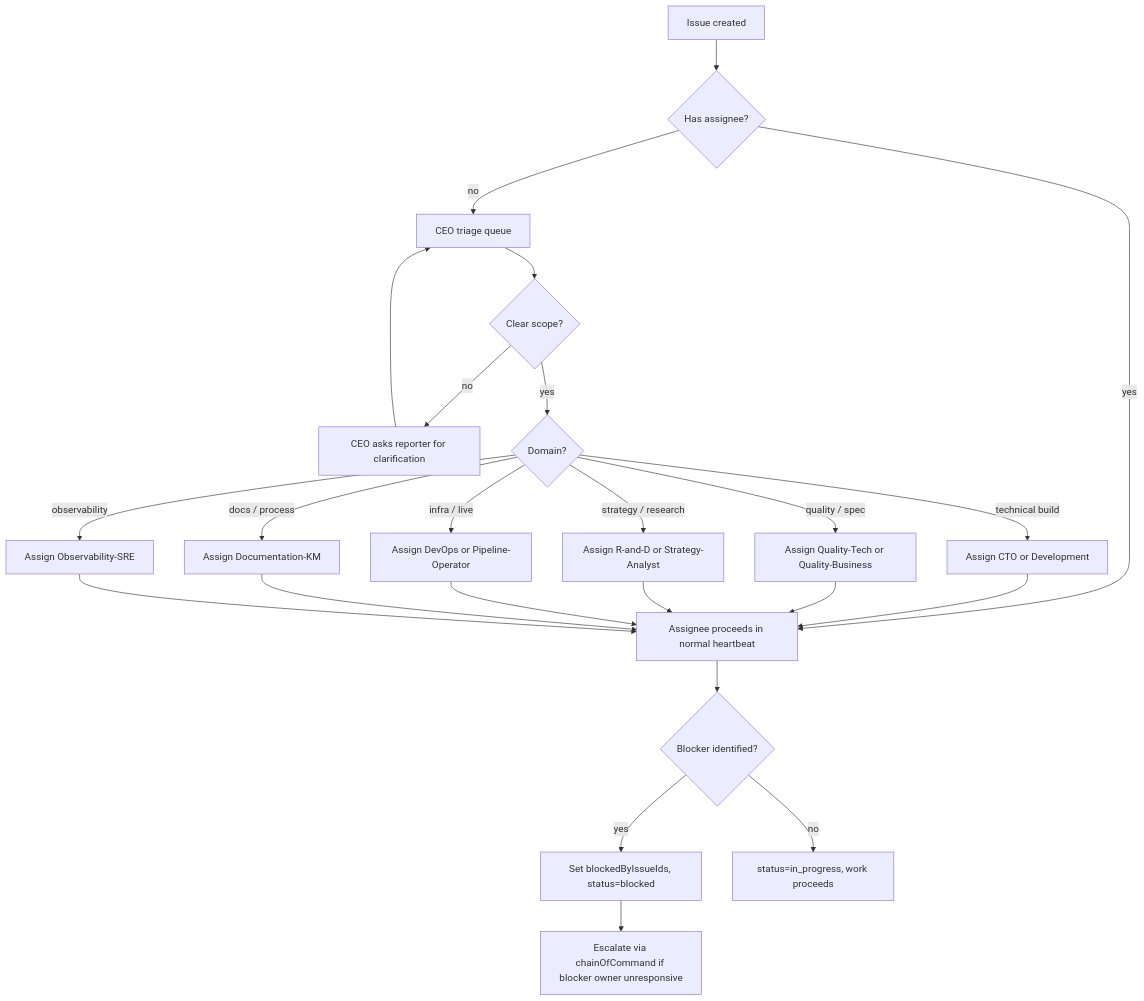
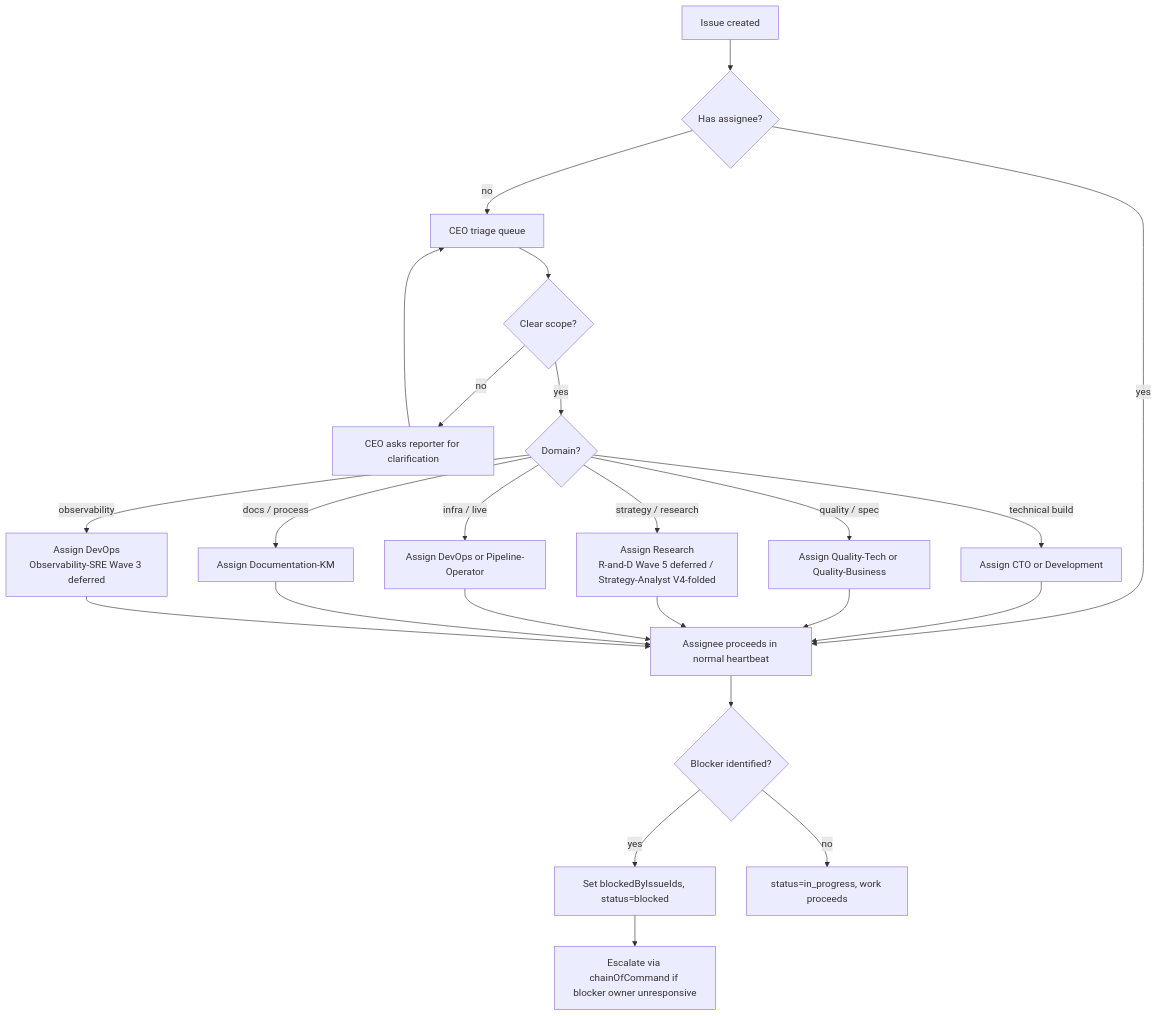
The diagram in processes/06-issue-triage.md (QuantMechanica/VPS-PortfolioBuild), drawn with Mermaid before and after one commit. The commit also changed other lines of this file and 8 other files, not shown here.

````diff
--- a/processes/06-issue-triage.md
+++ b/processes/06-issue-triage.md
@@ -27,26 +29,26 @@
 ```mermaid
 flowchart TD
     A[Issue created] --> B{Has assignee?}
     B -- yes --> OWN[Assignee proceeds in normal heartbeat]
     B -- no --> C[CEO triage queue]
     C --> D{Clear scope?}
     D -- no --> E[CEO asks reporter for clarification]
     E --> C
     D -- yes --> F{Domain?}
     F -- technical build --> G[Assign CTO or Development]
     F -- quality / spec --> H[Assign Quality-Tech or Quality-Business]
-    F -- strategy / research --> I[Assign R-and-D or Strategy-Analyst]
+    F -- strategy / research --> I[Assign Research<br/>R-and-D Wave 5 deferred / Strategy-Analyst V4-folded]
     F -- infra / live --> J[Assign DevOps or Pipeline-Operator]
     F -- docs / process --> K[Assign Documentation-KM]
-    F -- observability --> L[Assign Observability-SRE]
+    F -- observability --> L[Assign DevOps<br/>Observability-SRE Wave 3 deferred]
     G --> OWN
     H --> OWN
     I --> OWN
     J --> OWN
     K --> OWN
     L --> OWN
     OWN --> M{Blocker identified?}
     M -- yes --> BLK[Set blockedByIssueIds, status=blocked]
     M -- no --> PROG[status=in_progress, work proceeds]
     BLK --> ESC[Escalate via chainOfCommand if blocker owner unresponsive]
 ```
````
